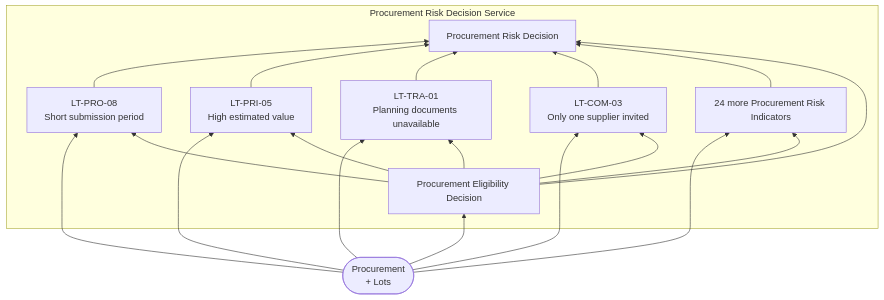
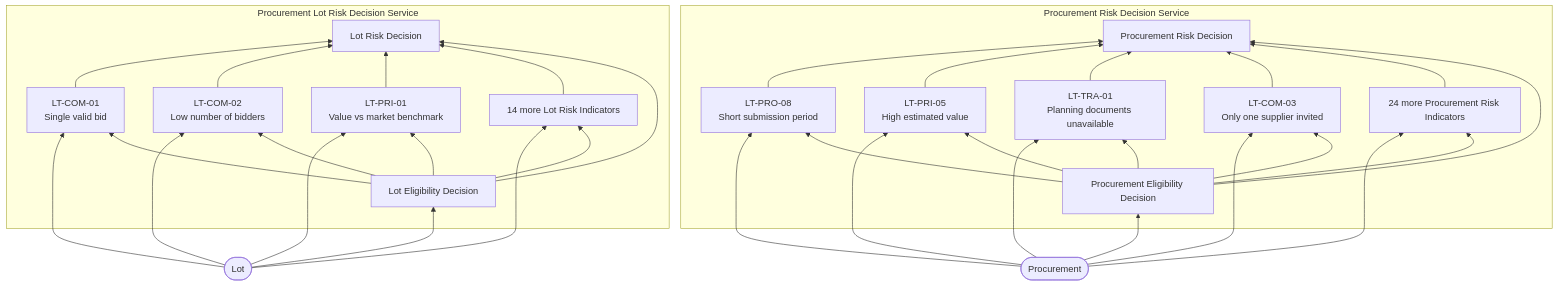
Before and after one commit to Viespirkiu-grupe/viespirkiai: the third of 4 diagrams in docs/indicators-story/risk-service-architecture-v2.md, drawn with Mermaid. The commit also changed other lines of this file, not shown here.

Commit message:
architecture update

````diff
--- a/docs/indicators-story/risk-service-architecture-v2.md
+++ b/docs/indicators-story/risk-service-architecture-v2.md
@@ -79,32 +84,57 @@
 ```mermaid
 flowchart BT
-    ID1(["Procurement<br/>+ Lots"])
+    IDP(["Procurement"])
+    IDL(["Lot"])
 
-    subgraph DS["Procurement Risk Decision Service"]
-        ED["Procurement Eligibility Decision"]
-        I1["LT-PRO-08<br/>Short submission period"]
-        I2["LT-PRI-05<br/>High estimated value"]
-        I3["LT-TRA-01<br/>Planning documents unavailable"]
-        I4["LT-COM-03<br/>Only one supplier invited"]
-        IREST["24 more Procurement Risk Indicators"]
-        RD["Procurement Risk Decision"]
+    subgraph DSP["Procurement Risk Decision Service"]
+        EDP["Procurement Eligibility Decision"]
+        P1["LT-PRO-08<br/>Short submission period"]
+        P2["LT-PRI-05<br/>High estimated value"]
+        P3["LT-TRA-01<br/>Planning documents unavailable"]
+        P4["LT-COM-03<br/>Only one supplier invited"]
+        PREST["24 more Procurement Risk Indicators"]
+        RDP["Procurement Risk Decision"]
     end
 
-    ID1 --> ED
-    ID1 --> I1
-    ID1 --> I2
-    ID1 --> I3
-    ID1 --> I4
-    ID1 --> IREST
-    ED --> I1
-    ED --> I2
-    ED --> I3
-    ED --> I4
-    ED --> IREST
-    I1 --> RD
-    I2 --> RD
-    I3 --> RD
-    I4 --> RD
-    IREST --> RD
-    ED --> RD
+    subgraph DSL["Procurement Lot Risk Decision Service"]
+        EDL["Lot Eligibility Decision"]
+        L1["LT-COM-01<br/>Single valid bid"]
+        L2["LT-COM-02<br/>Low number of bidders"]
+        L3["LT-PRI-01<br/>Value vs market benchmark"]
+        LREST["14 more Lot Risk Indicators"]
+        RDL["Lot Risk Decision"]
+    end
+
+    IDP --> EDP
+    IDP --> P1
+    IDP --> P2
+    IDP --> P3
+    IDP --> P4
+    IDP --> PREST
+    EDP --> P1
+    EDP --> P2
+    EDP --> P3
+    EDP --> P4
+    EDP --> PREST
+    P1 --> RDP
+    P2 --> RDP
+    P3 --> RDP
+    P4 --> RDP
+    PREST --> RDP
+    EDP --> RDP
+
+    IDL --> EDL
+    IDL --> L1
+    IDL --> L2
+    IDL --> L3
+    IDL --> LREST
+    EDL --> L1
+    EDL --> L2
+    EDL --> L3
+    EDL --> LREST
+    L1 --> RDL
+    L2 --> RDL
+    L3 --> RDL
+    LREST --> RDL
+    EDL --> RDL
 ```
````
